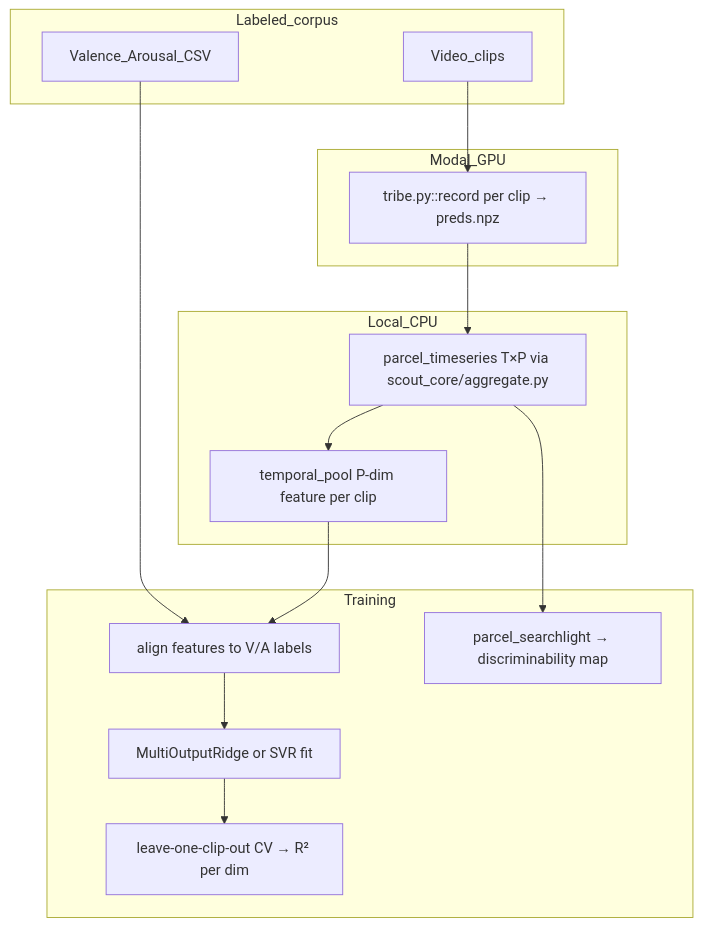
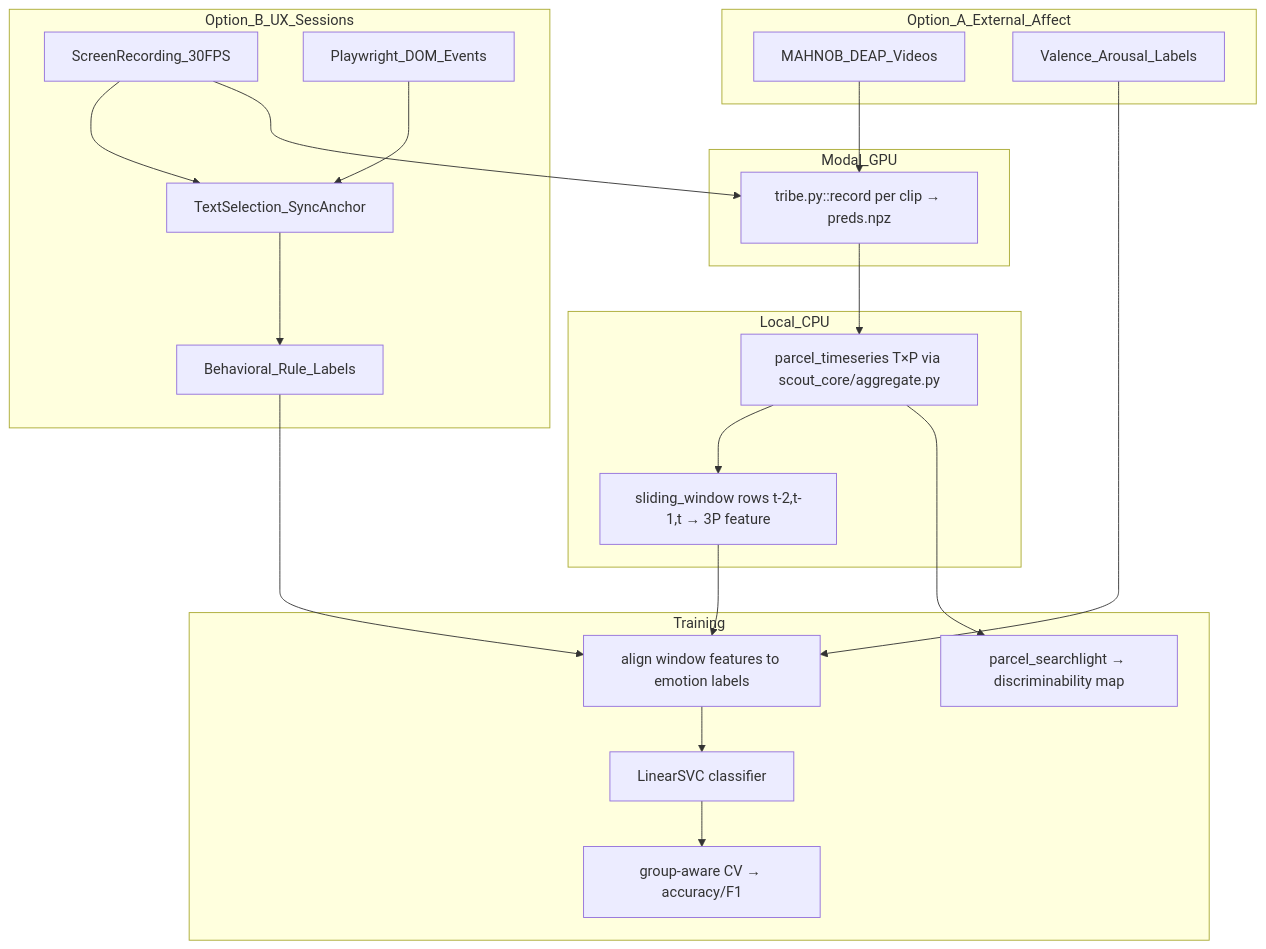
The diagram in emotion_classification.md (hnaracodes/Salience), drawn with Mermaid before and after one commit. The commit also changed other lines of this file and 4 other files, not shown here.

````diff
--- a/emotion_classification.md
+++ b/emotion_classification.md
@@ -17,24 +35,41 @@
 ```mermaid
 flowchart TD
-  subgraph corpus [Labeled_corpus]
-    CLIPS[Video_clips]
-    VA[Valence_Arousal_CSV]
+  subgraph optionA [Option_A_External_Affect]
+    AffectVideos[MAHNOB_DEAP_Videos]
+    AffectLabels[Valence_Arousal_Labels]
   end
+
+  subgraph optionB [Option_B_UX_Sessions]
+    ScreenVideo[ScreenRecording_30FPS]
+    Telemetry[Playwright_DOM_Events]
+    SyncAnchor[TextSelection_SyncAnchor]
+    RuleLabels[Behavioral_Rule_Labels]
+  end
+
   subgraph inference [Modal_GPU]
     INF["tribe.py::record per clip → preds.npz"]
   end
+
   subgraph features [Local_CPU]
     PARCEL["parcel_timeseries T×P via scout_core/aggregate.py"]
-    POOL["temporal_pool P-dim feature per clip"]
+    WINDOW["sliding_window rows t-2,t-1,t → 3P feature"]
   end
+
   subgraph train [Training]
-    ALIGN["align features to V/A labels"]
-    MODEL["MultiOutputRidge or SVR fit"]
-    CV["leave-one-clip-out CV → R² per dim"]
+    ALIGN["align window features to emotion labels"]
+    MODEL["LinearSVC classifier"]
+    CV["group-aware CV → accuracy/F1"]
     SEARCH["parcel_searchlight → discriminability map"]
   end
-  CLIPS --> INF --> PARCEL --> POOL
-  VA --> ALIGN
-  POOL --> ALIGN --> MODEL --> CV
+
+  AffectVideos --> INF
+  AffectLabels --> ALIGN
+  ScreenVideo --> SyncAnchor
+  Telemetry --> SyncAnchor
+  SyncAnchor --> RuleLabels
+  ScreenVideo --> INF
+  RuleLabels --> ALIGN
+  INF --> PARCEL --> WINDOW
+  WINDOW --> ALIGN --> MODEL --> CV
   PARCEL --> SEARCH
 ```
````
